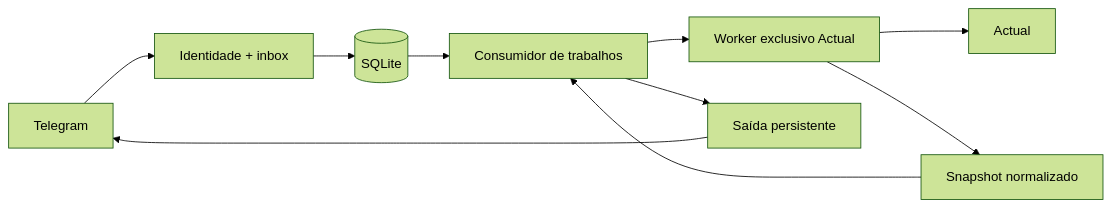
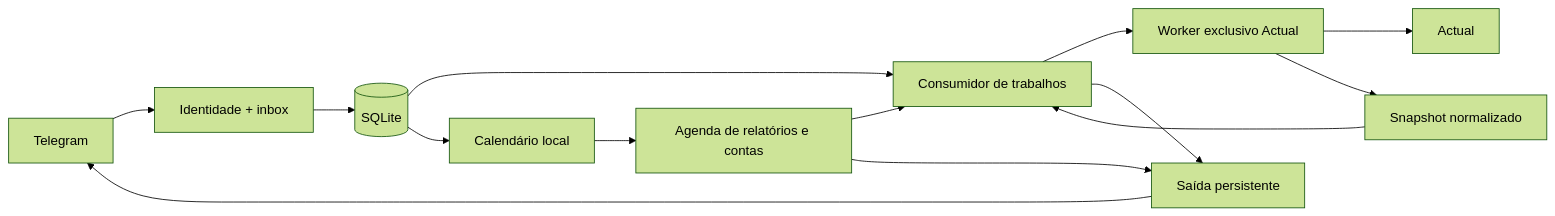
One commit to agisgithub/FinAIssistent changed the diagram in docs/architecture.md. Above: the diagram before and after it, drawn with Mermaid (forest theme). The commit also changed other lines of this file and 40 other files, not shown here.

````diff
--- a/docs/architecture.md
+++ b/docs/architecture.md
@@ -3,12 +3,16 @@
 ```mermaid
 flowchart LR
   Telegram --> Ingress[Identidade + inbox]
   Ingress --> State[(SQLite)]
   State --> Jobs[Consumidor de trabalhos]
+  State --> Calendar[Calendário local]
+  Calendar --> Schedulers[Agenda de relatórios e contas]
+  Schedulers --> Jobs
+  Schedulers --> Outbox
   Jobs --> Worker[Worker exclusivo Actual]
   Worker --> Actual
   Worker --> Snapshot[Snapshot normalizado]
   Snapshot --> Jobs
   Jobs --> Outbox[Saída persistente]
   Outbox --> Telegram
 ```
````
